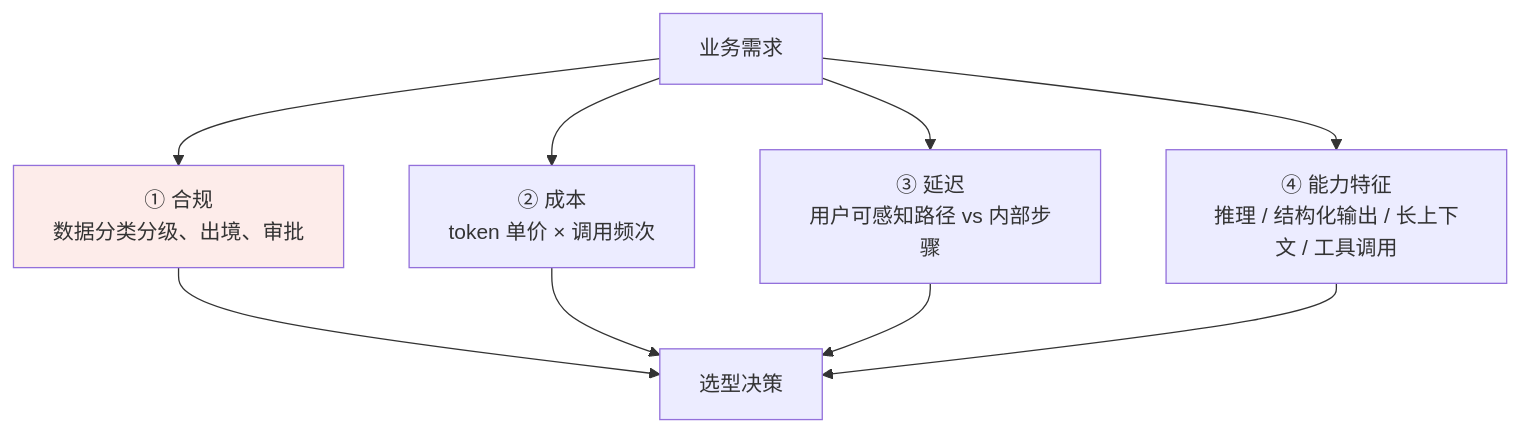
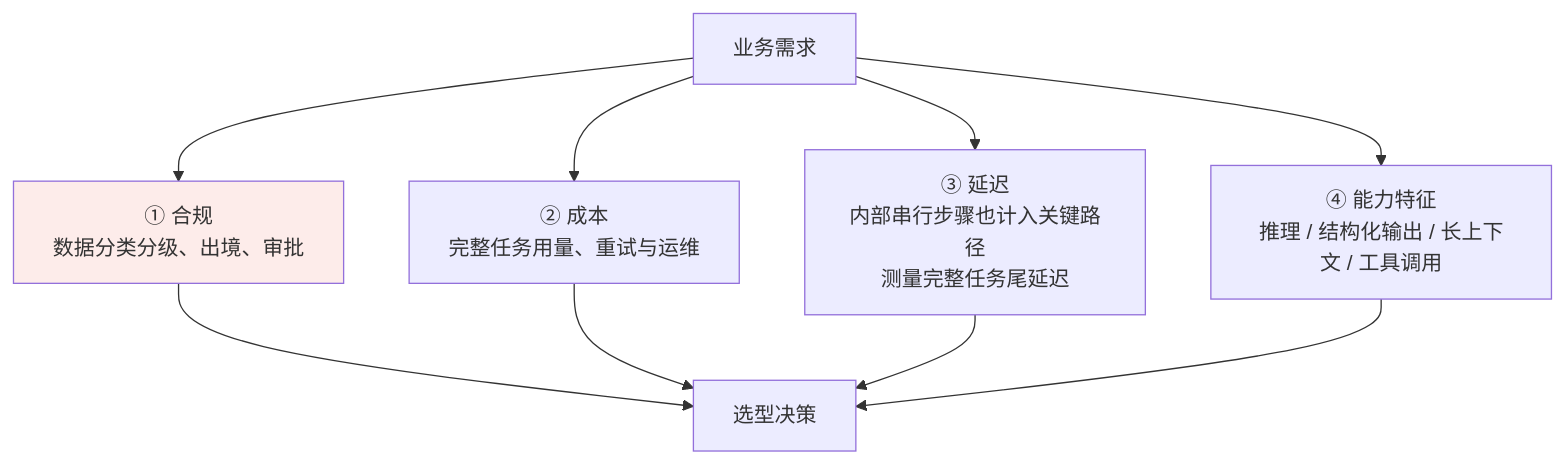
Before and after one commit to oneleaveknowsthefall/awesome-ai-roadmap: the first of 2 diagrams in docs/llm/05-evaluation-selection/22-model-selection.md, drawn with Mermaid. The commit also changed other lines of this file and 45 other files, not shown here.

````diff
--- a/docs/llm/05-evaluation-selection/22-model-selection.md
+++ b/docs/llm/05-evaluation-selection/22-model-selection.md
@@ -15,13 +19,13 @@
 ```mermaid
 flowchart TB
     B["业务需求"] --> C1["① 合规<br/>数据分类分级、出境、审批"]
-    B --> C2["② 成本<br/>token 单价 × 调用频次"]
-    B --> C3["③ 延迟<br/>用户可感知路径 vs 内部步骤"]
+    B --> C2["② 成本<br/>完整任务用量、重试与运维"]
+    B --> C3["③ 延迟<br/>内部串行步骤也计入关键路径<br/>测量完整任务尾延迟"]
     B --> C4["④ 能力特征<br/>推理 / 结构化输出 / 长上下文 / 工具调用"]
     C1 --> S["选型决策"]
     C2 --> S
     C3 --> S
     C4 --> S
 
     style C1 fill:#fdecea
 ```
````
